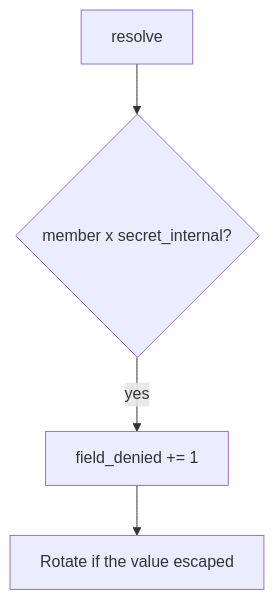
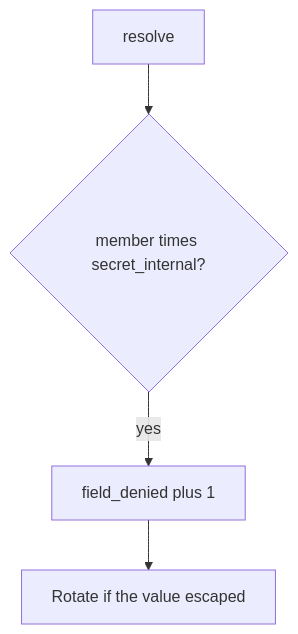
One commit to ishitvagoel/LearnSecurity changed the diagram in content/modules/7/7.2/lessons/06-operate.md. Above: the diagram before and after it, drawn with Mermaid. The commit also changed other lines of this file and 28 other files, not shown here.

````diff
--- a/content/modules/7/7.2/lessons/06-operate.md
+++ b/content/modules/7/7.2/lessons/06-operate.md
@@ -13,6 +13,6 @@
 ```mermaid
 flowchart TD
-  Read[resolve] --> Deny{member x secret_internal?}
-  Deny -->|yes| Metric["field_denied += 1"]
+  Read[resolve] --> Deny{"member times secret_internal?"}
+  Deny -->|yes| Metric["field_denied plus 1"]
   Metric --> Rotate[Rotate if the value escaped]
 ```
````
